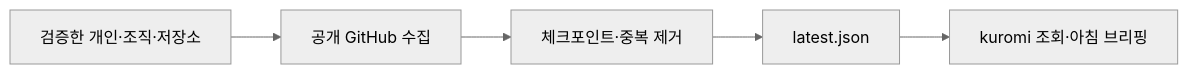
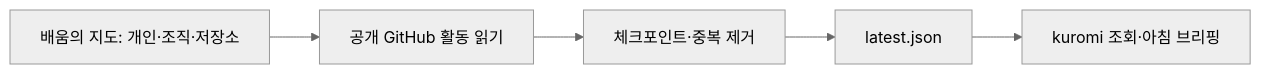
Before and after one commit to ehojune/Pakuri: the diagram in README.md, drawn with Mermaid (neutral theme). The commit also changed other lines of this file and 19 other files, not shown here.

````diff
--- a/README.md
+++ b/README.md
@@ -5,7 +7,7 @@
 ```mermaid
 flowchart LR
-    G[검증한 개인·조직·저장소] --> C[공개 GitHub 수집]
+    G[배움의 지도: 개인·조직·저장소] --> C[공개 GitHub 활동 읽기]
     C --> S[체크포인트·중복 제거]
     S --> J[latest.json]
     J --> K[kuromi 조회·아침 브리핑]
 ```
````
